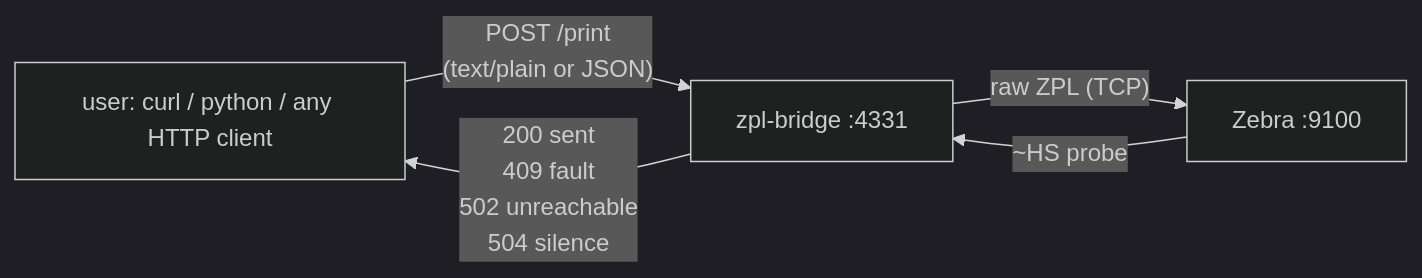
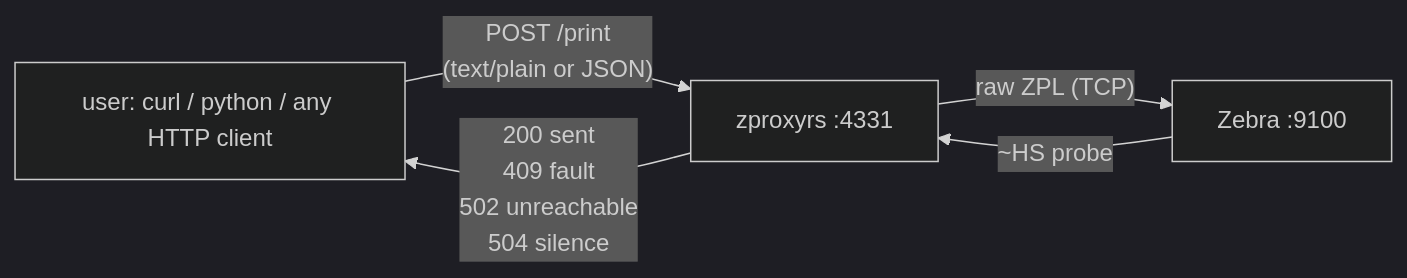
Before and after one commit to matkumatmat/zproxyrs: the diagram in README.md, drawn with Mermaid (dark theme). The commit also changed other lines of this file and 6 other files, not shown here.

````diff
--- a/README.md
+++ b/README.md
@@ -9,11 +9,11 @@
 ```mermaid
 flowchart LR
     User["user: curl / python / any HTTP client"]
-    Bridge["zpl-bridge :4331"]
+    Bridge["zproxyrs :4331"]
     Printer["Zebra :9100"]
 
     User -->|"POST /print<br/>(text/plain or JSON)"| Bridge
     Bridge -->|"raw ZPL (TCP)"| Printer
     Printer -->|"~HS probe"| Bridge
     Bridge -->|"200 sent<br/>409 fault<br/>502 unreachable<br/>504 silence"| User
 ```
````
